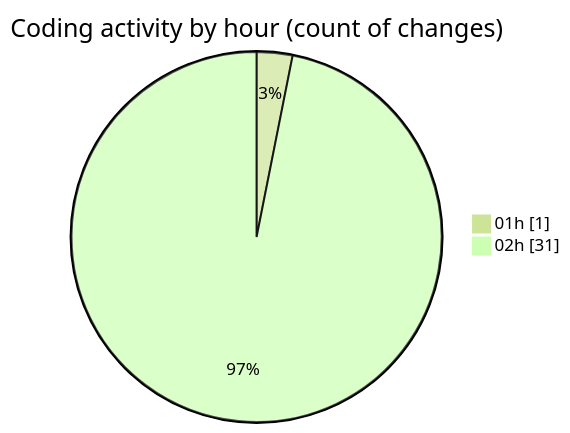
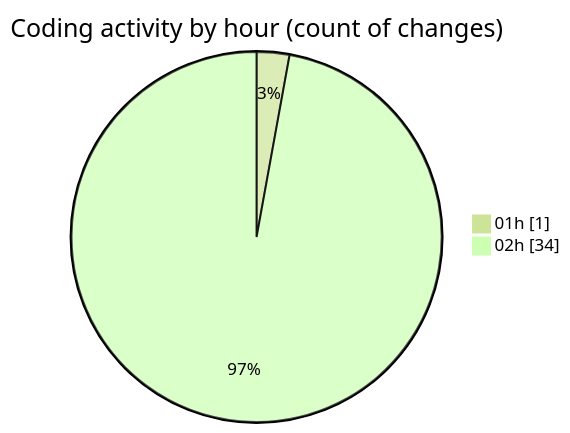
Before and after one commit to donsfak/code-tracking: the second of 2 diagrams in 2025-02-21/uber_clone/README.md, drawn with Mermaid (forest theme). The commit also changed other lines of this file and 1 other file, not shown here.

````diff
--- a/2025-02-21/uber_clone/README.md
+++ b/2025-02-21/uber_clone/README.md
@@ -35,6 +37,6 @@
 ```mermaid
 pie showData
 title Coding activity by hour (count of changes)
 "01h" : 1
-"02h" : 31
+"02h" : 34
 ```
````
